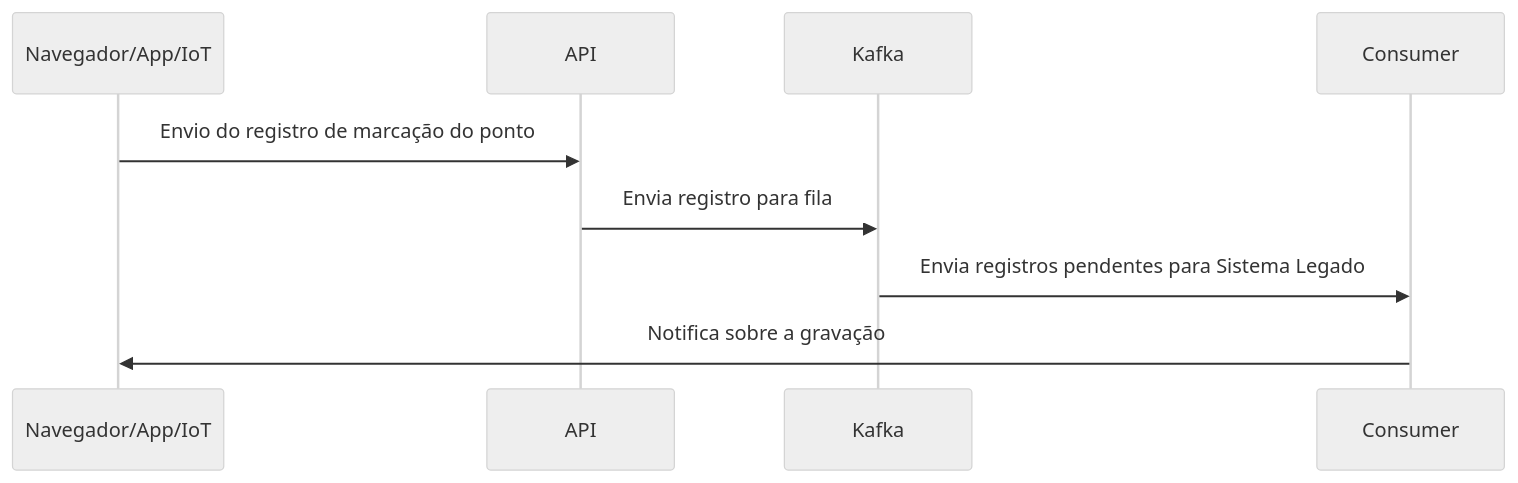
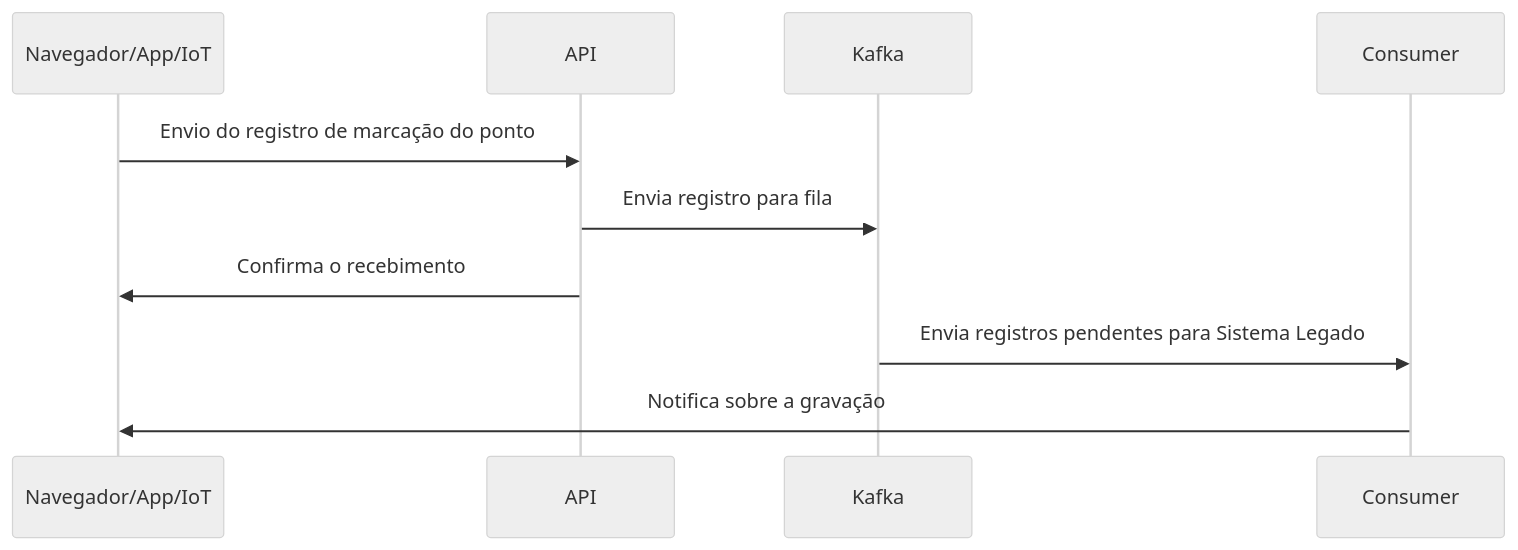
Before and after one commit to guilhermesperb/hcm: the diagram in README.md, drawn with Mermaid (neutral theme). The commit also changed other lines of this file and 2 other files, not shown here.

````diff
--- a/README.md
+++ b/README.md
@@ -22,7 +22,8 @@
 ```mermaid
 sequenceDiagram
 Navegador/App/IoT ->> API: Envio do registro de marcação do ponto
 API ->> Kafka: Envia registro para fila
+API ->> Navegador/App/IoT: Confirma o recebimento
 Kafka ->> Consumer: Envia registros pendentes  para Sistema Legado
 Consumer ->> Navegador/App/IoT: Notifica sobre a gravação
 ```
````
